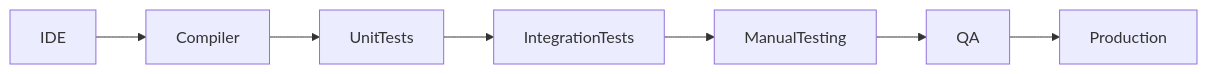
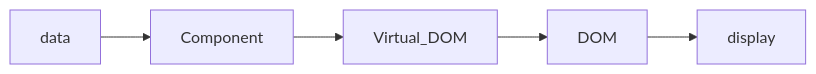
Before and after one commit to Billy-Spearman-WCCI/RaceCarExtension: the diagram in README.md, drawn with Mermaid.

Commit message:
Initial data flow diagram

````diff
--- a/README.md
+++ b/README.md
@@ -457,9 +457,7 @@
     ```mermaid
     graph LR;
-    IDE-->Compiler;
-    Compiler-->UnitTests;
-    UnitTests-->IntegrationTests;
-    IntegrationTests-->ManualTesting;
-    ManualTesting-->QA;
-    QA-->Production
+    data-->Component
+    Component-->Virtual_DOM
+    Virtual_DOM-->DOM
+    DOM-->display
     ```
````
